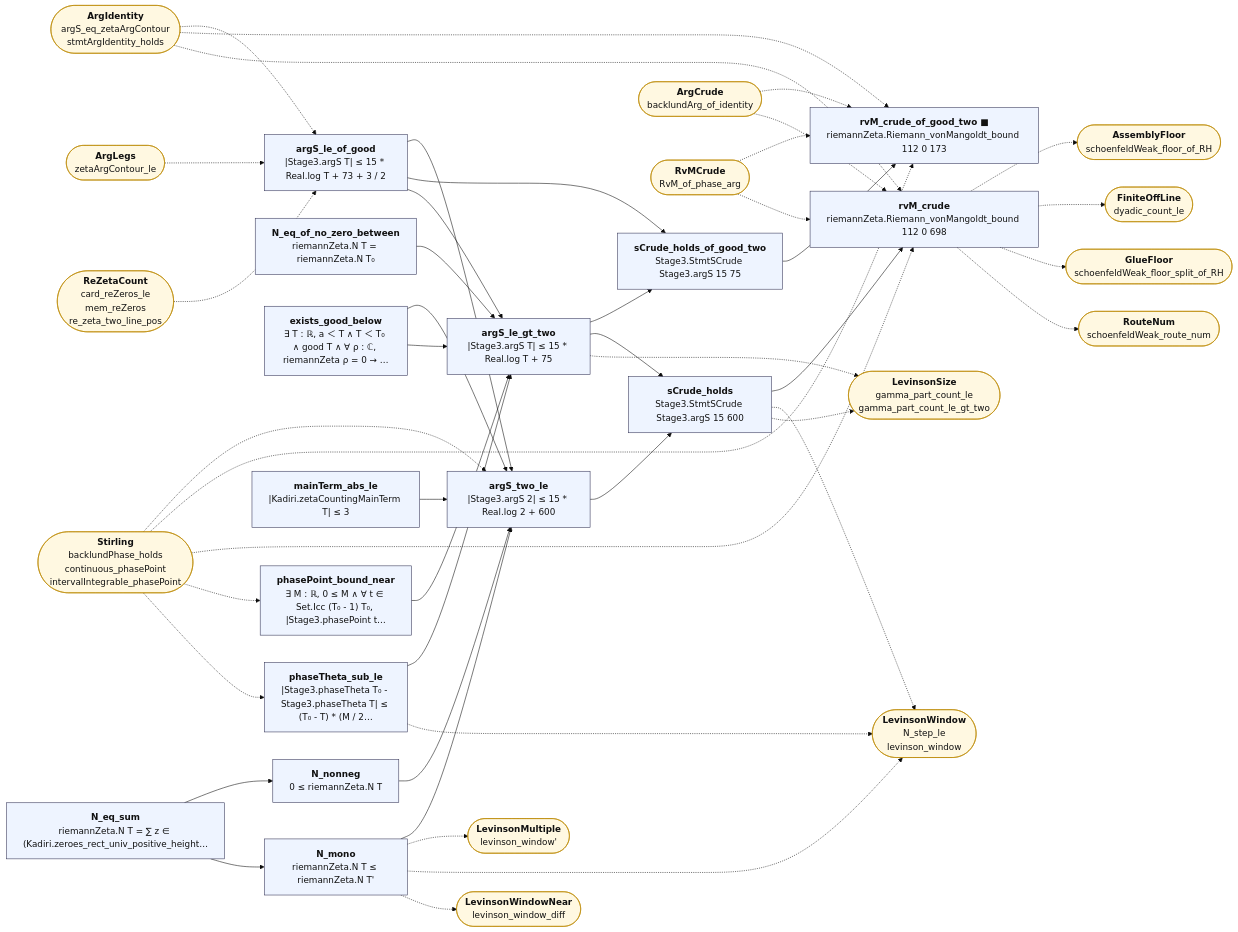
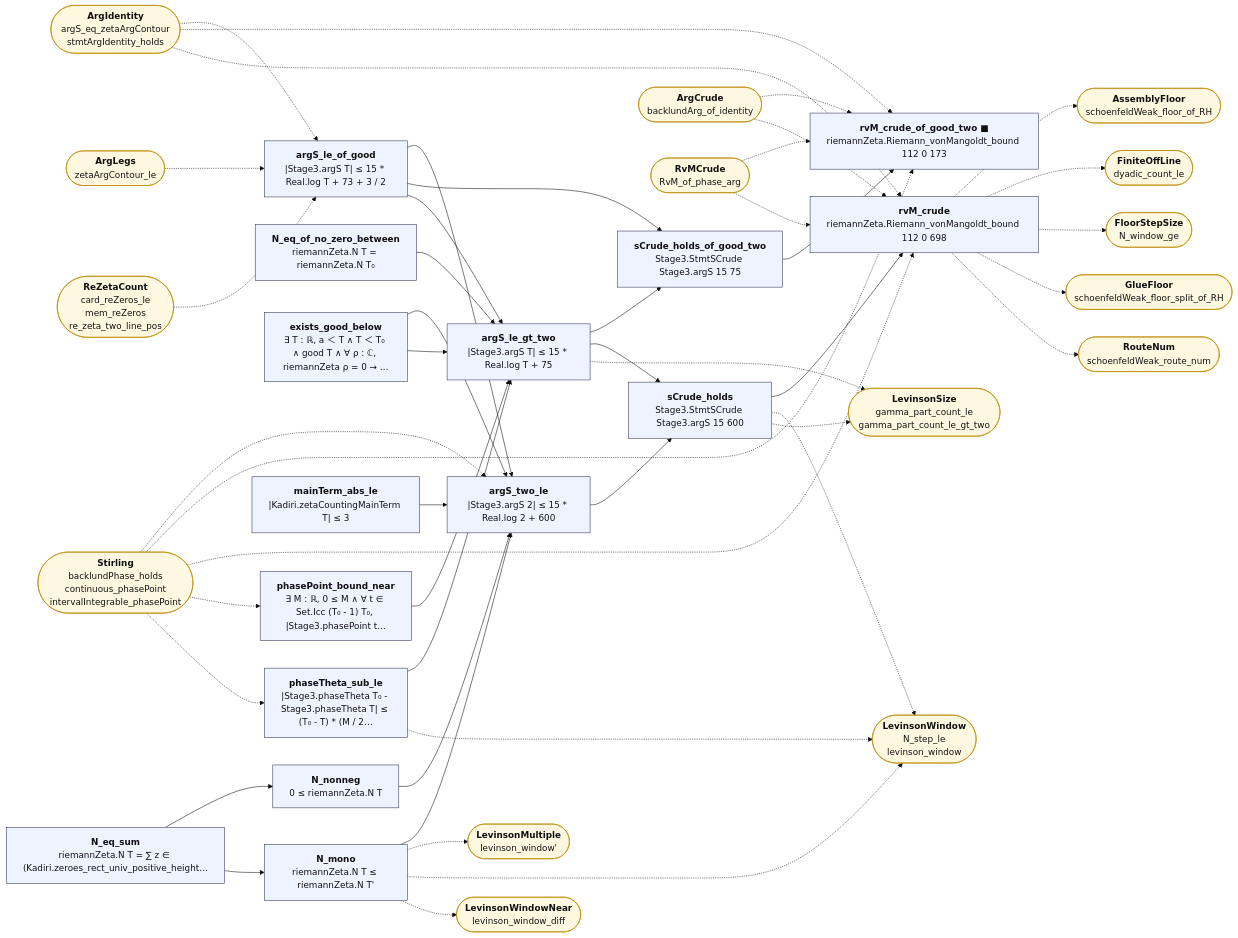
One commit to juliansambranojr/Primebeat_081426 changed the diagram in map/lean_stage3/ArgCount.mmd. Above: the diagram before and after it, drawn with Mermaid (base theme). The commit also changed 31 other files, not shown here.

```diff
--- a/map/lean_stage3/ArgCount.mmd
+++ b/map/lean_stage3/ArgCount.mmd
@@ -1,81 +1,83 @@
 flowchart LR
   n0["<b>argS_le_of_good</b><br/>|Stage3.argS T| ≤ 15 * Real.log T + 73 + 3 / 2"]:::thm
   n1["<b>N_eq_sum</b><br/>riemannZeta.N T = ∑ z ∈ (Kadiri.zeroes_rect_univ_positive_height…"]:::thm
   n2["<b>N_nonneg</b><br/>0 ≤ riemannZeta.N T"]:::thm
   n3["<b>N_mono</b><br/>riemannZeta.N T ≤ riemannZeta.N T'"]:::thm
   n4["<b>N_eq_of_no_zero_between</b><br/>riemannZeta.N T = riemannZeta.N T₀"]:::thm
   n5["<b>exists_good_below</b><br/>∃ T : ℝ, a ＜ T ∧ T ＜ T₀ ∧ good T ∧ ∀ ρ : ℂ, riemannZeta ρ = 0 → …"]:::thm
   n6["<b>phasePoint_bound_near</b><br/>∃ M : ℝ, 0 ≤ M ∧ ∀ t ∈ Set.Icc (T₀ - 1) T₀, |Stage3.phasePoint t…"]:::thm
   n7["<b>phaseTheta_sub_le</b><br/>|Stage3.phaseTheta T₀ - Stage3.phaseTheta T| ≤ (T₀ - T) * (M / 2…"]:::thm
   n8["<b>argS_le_gt_two</b><br/>|Stage3.argS T| ≤ 15 * Real.log T + 75"]:::thm
   n9["<b>mainTerm_abs_le</b><br/>|Kadiri.zetaCountingMainTerm T| ≤ 3"]:::thm
   n10["<b>argS_two_le</b><br/>|Stage3.argS 2| ≤ 15 * Real.log 2 + 600"]:::thm
   n11["<b>sCrude_holds_of_good_two</b><br/>Stage3.StmtSCrude Stage3.argS 15 75"]:::thm
   n12["<b>sCrude_holds</b><br/>Stage3.StmtSCrude Stage3.argS 15 600"]:::thm
   n13["<b>rvM_crude_of_good_two ■</b><br/>riemannZeta.Riemann_vonMangoldt_bound 112 0 173"]:::thm
   n14["<b>rvM_crude</b><br/>riemannZeta.Riemann_vonMangoldt_bound 112 0 698"]:::thm
   x0(["<b>ArgIdentity</b><br/>argS_eq_zetaArgContour<br/>stmtArgIdentity_holds"]):::ext
   x1(["<b>ArgLegs</b><br/>zetaArgContour_le"]):::ext
   x2(["<b>ReZetaCount</b><br/>card_reZeros_le<br/>mem_reZeros<br/>re_zeta_two_line_pos"]):::ext
   x3(["<b>LevinsonMultiple</b><br/>levinson_window'"]):::ext
   x4(["<b>LevinsonWindow</b><br/>N_step_le<br/>levinson_window"]):::ext
   x5(["<b>LevinsonWindowNear</b><br/>levinson_window_diff"]):::ext
   x6(["<b>Stirling</b><br/>backlundPhase_holds<br/>continuous_phasePoint<br/>intervalIntegrable_phasePoint"]):::ext
   x7(["<b>LevinsonSize</b><br/>gamma_part_count_le<br/>gamma_part_count_le_gt_two"]):::ext
   x8(["<b>ArgCrude</b><br/>backlundArg_of_identity"]):::ext
   x9(["<b>RvMCrude</b><br/>RvM_of_phase_arg"]):::ext
   x10(["<b>AssemblyFloor</b><br/>schoenfeldWeak_floor_of_RH"]):::ext
   x11(["<b>FiniteOffLine</b><br/>dyadic_count_le"]):::ext
-  x12(["<b>GlueFloor</b><br/>schoenfeldWeak_floor_split_of_RH"]):::ext
-  x13(["<b>RouteNum</b><br/>schoenfeldWeak_route_num"]):::ext
+  x12(["<b>FloorStepSize</b><br/>N_window_ge"]):::ext
+  x13(["<b>GlueFloor</b><br/>schoenfeldWeak_floor_split_of_RH"]):::ext
+  x14(["<b>RouteNum</b><br/>schoenfeldWeak_route_num"]):::ext
   n0 --> n10
   n0 --> n11
   n0 --> n8
   n1 --> n2
   n1 --> n3
   n10 --> n12
   n11 --> n13
   n12 --> n14
   n2 --> n10
   n3 --> n10
   n4 --> n8
   n5 --> n10
   n5 --> n8
   n6 --> n8
   n7 --> n8
   n8 --> n11
   n8 --> n12
   n9 --> n10
   n12 -.-> x4
   n12 -.-> x7
   n14 -.-> x10
   n14 -.-> x11
   n14 -.-> x12
   n14 -.-> x13
+  n14 -.-> x14
   n3 -.-> x3
   n3 -.-> x4
   n3 -.-> x5
   n7 -.-> x4
   n8 -.-> x7
   x0 -.-> n0
   x0 -.-> n13
   x0 -.-> n14
   x1 -.-> n0
   x2 -.-> n0
   x6 -.-> n10
   x6 -.-> n13
   x6 -.-> n14
   x6 -.-> n6
   x6 -.-> n7
   x8 -.-> n13
   x8 -.-> n14
   x9 -.-> n13
   x9 -.-> n14
   classDef cnt fill:#dff5ec,stroke:#17694a,color:#111
   classDef shp fill:#f1ecfb,stroke:#5b3fa0,color:#111
   classDef rh fill:#ffe5e5,stroke:#c22,color:#111,stroke-width:2px
   classDef thm fill:#eef4ff,stroke:#335,color:#111
   classDef end_ fill:#e7f7e7,stroke:#2a7,color:#111,stroke-width:2px
   classDef lone fill:#fff,stroke:#999,color:#111,stroke-dasharray:4 3
   classDef bad fill:#ffe5e5,stroke:#c22,color:#111,stroke-width:2px
   classDef ext fill:#fff8e1,stroke:#b80,color:#111
```
